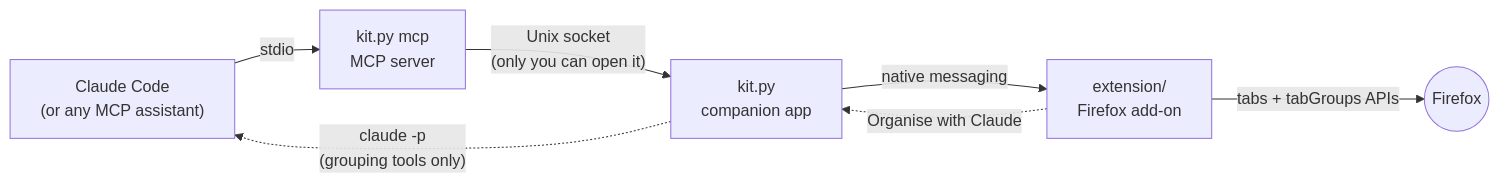
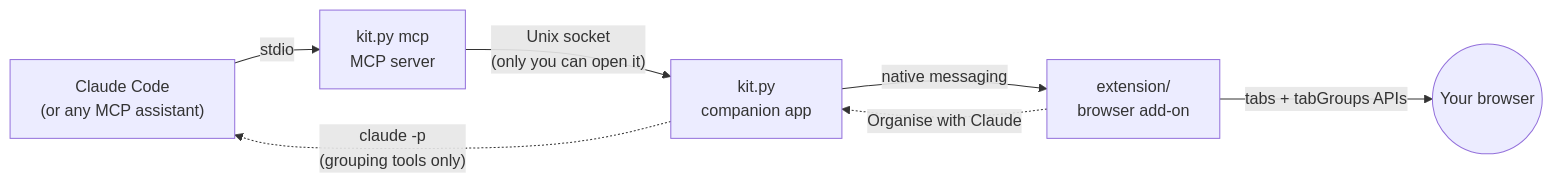
One commit to samsamthecodingman/kit-tab-manager changed the diagram in README.md. Above: the diagram before and after it, drawn with Mermaid. The commit also changed other lines of this file and 6 other files, not shown here.

First line of the commit message:
List every supported browser; register with Firefox-based browsers; less blur

````diff
--- a/README.md
+++ b/README.md
@@ -70,9 +82,9 @@
 ```mermaid
 flowchart LR
     CC["Claude Code<br/>(or any MCP assistant)"] -- stdio --> MCP["kit.py mcp<br/>MCP server"]
     MCP -- "Unix socket<br/>(only you can open it)" --> HOST["kit.py<br/>companion app"]
-    HOST -- "native messaging" --> EXT["extension/<br/>Firefox add-on"]
-    EXT -- "tabs + tabGroups APIs" --> FF(("Firefox"))
+    HOST -- "native messaging" --> EXT["extension/<br/>browser add-on"]
+    EXT -- "tabs + tabGroups APIs" --> FF(("Your browser"))
     EXT -. "Organise with Claude" .-> HOST
     HOST -. "claude -p<br/>(grouping tools only)" .-> CC
 ```
````
